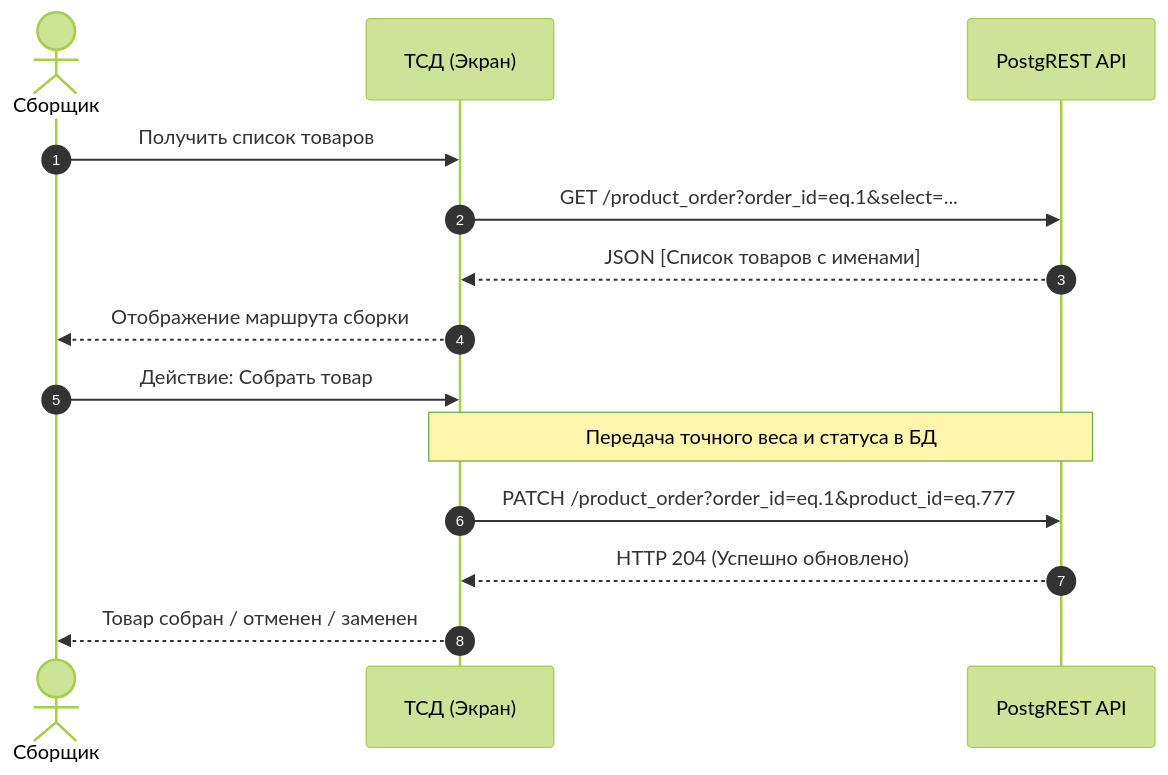
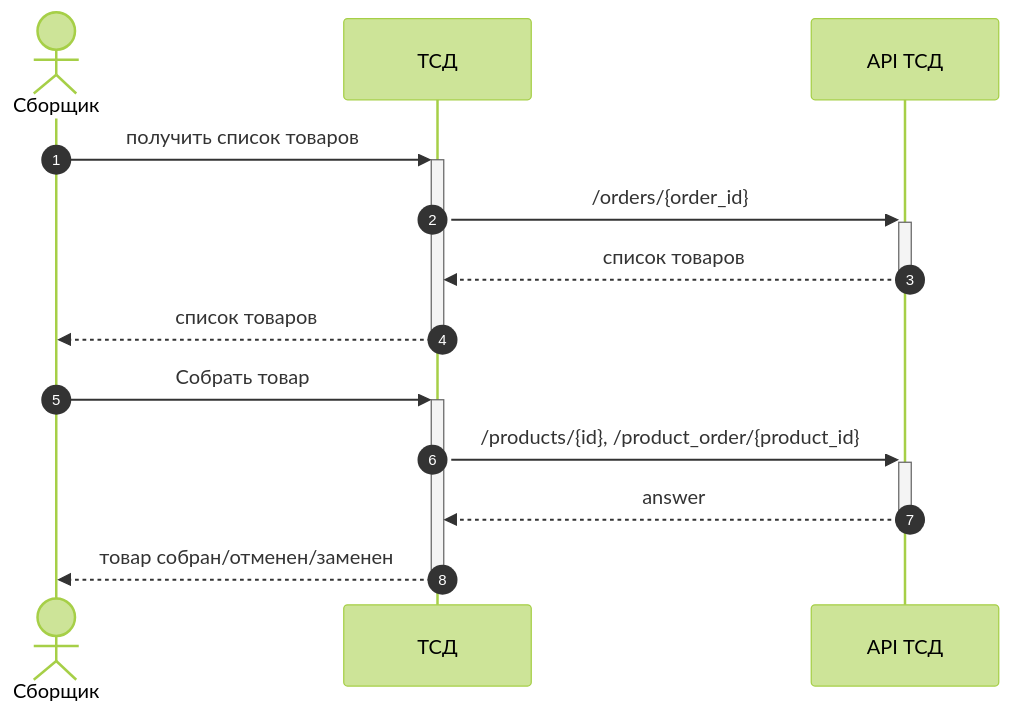
Before and after one commit to alzar29msk-tech/Pet-project-TSD: the diagram in README.md, drawn with Mermaid (forest theme). The commit also changed other lines of this file, not shown here.

````diff
--- a/README.md
+++ b/README.md
@@ -38,18 +38,16 @@
 ```mermaid
 sequenceDiagram
     autonumber
-    actor Сборщик as Сборщик
-    participant TSD as ТСД (Экран)
-    participant API as PostgREST API
-    
-    Сборщик->>TSD: Получить список товаров
-    TSD->>API: GET /product_order?order_id=eq.1&select=...
-    API-->>TSD: JSON [Список товаров с именами]
-    TSD-->>Сборщик: Отображение маршрута сборки
-    
-    Сборщик->>TSD: Действие: Собрать товар
-    Note over TSD, API: Передача точного веса и статуса в БД
-    TSD->>API: PATCH /product_order?order_id=eq.1&product_id=eq.777
-    API-->>TSD: HTTP 204 (Успешно обновлено)
-    TSD-->>Сборщик: Товар собран / отменен / заменен
+    actor sbor as Сборщик
+    participant tsd as ТСД
+    participant api as API ТСД
+
+    sbor->>+tsd: получить список товаров
+    tsd->>+api: /orders/{order_id}
+    api-->>-tsd: список товаров
+    tsd-->>-sbor: список товаров
+    sbor->>+tsd: Собрать товар
+    tsd->>+api: /products/{id}, /product_order/{product_id}
+    api-->>-tsd: answer
+    tsd-->>-sbor: товар собран/отменен/заменен
 ```
````
